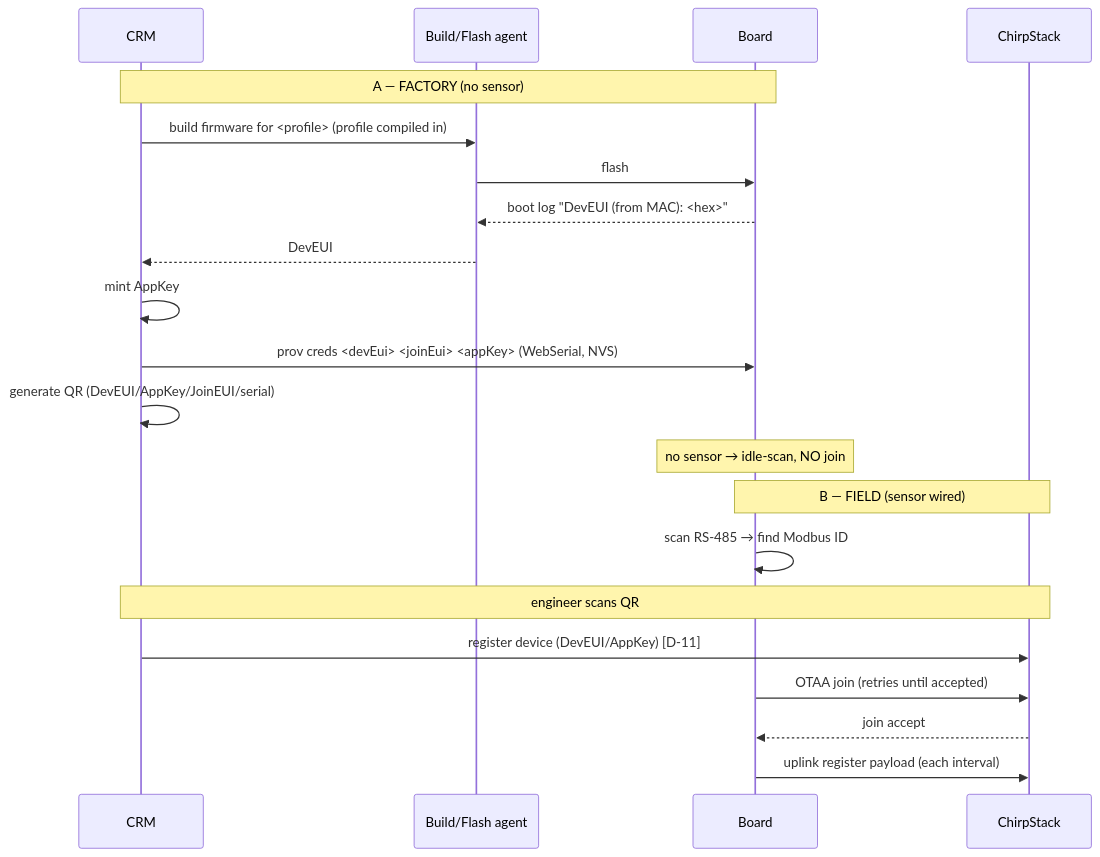
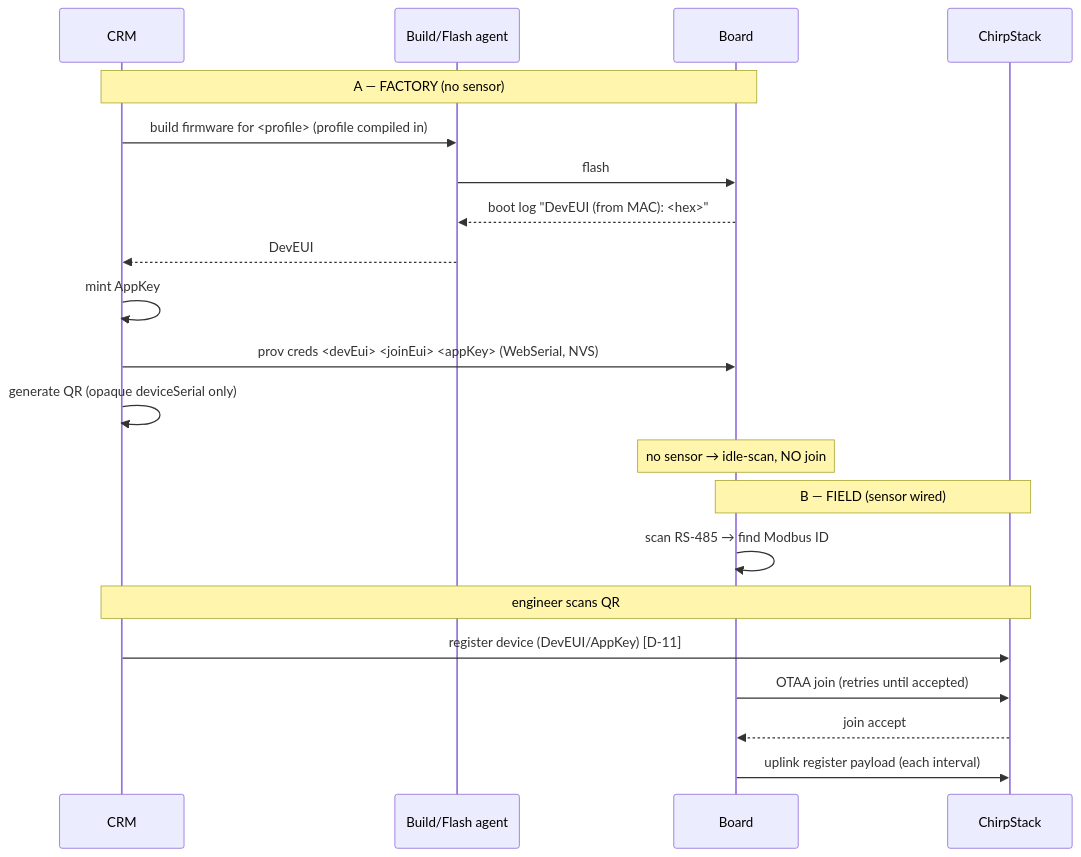
One commit to rnd-southerniot/rak3112-rs485-node changed the diagram in docs/CRM_PROVISIONING_WORKFLOW.md. Above: the diagram before and after it, drawn with Mermaid. The commit also changed other lines of this file, not shown here.

First line of the commit message:
docs: QR encodes opaque deviceSerial only (QRSEC-01)

````diff
--- a/docs/CRM_PROVISIONING_WORKFLOW.md
+++ b/docs/CRM_PROVISIONING_WORKFLOW.md
@@ -30,23 +32,23 @@
 ```mermaid
 sequenceDiagram
     participant CRM
     participant Agent as Build/Flash agent
     participant Board
     participant CS as ChirpStack
     Note over CRM,Board: A — FACTORY (no sensor)
     CRM->>Agent: build firmware for <profile> (profile compiled in)
     Agent->>Board: flash
     Board-->>Agent: boot log "DevEUI (from MAC): <hex>"
     Agent-->>CRM: DevEUI
     CRM->>CRM: mint AppKey
     CRM->>Board: prov creds <devEui> <joinEui> <appKey>  (WebSerial, NVS)
-    CRM->>CRM: generate QR (DevEUI/AppKey/JoinEUI/serial)
+    CRM->>CRM: generate QR (opaque deviceSerial only)
     Note over Board: no sensor → idle-scan, NO join
     Note over Board,CS: B — FIELD (sensor wired)
     Board->>Board: scan RS-485 → find Modbus ID
     Note over CRM,CS: engineer scans QR
     CRM->>CS: register device (DevEUI/AppKey)  [D-11]
     Board->>CS: OTAA join  (retries until accepted)
     CS-->>Board: join accept
     Board->>CS: uplink register payload (each interval)
 ```
````
